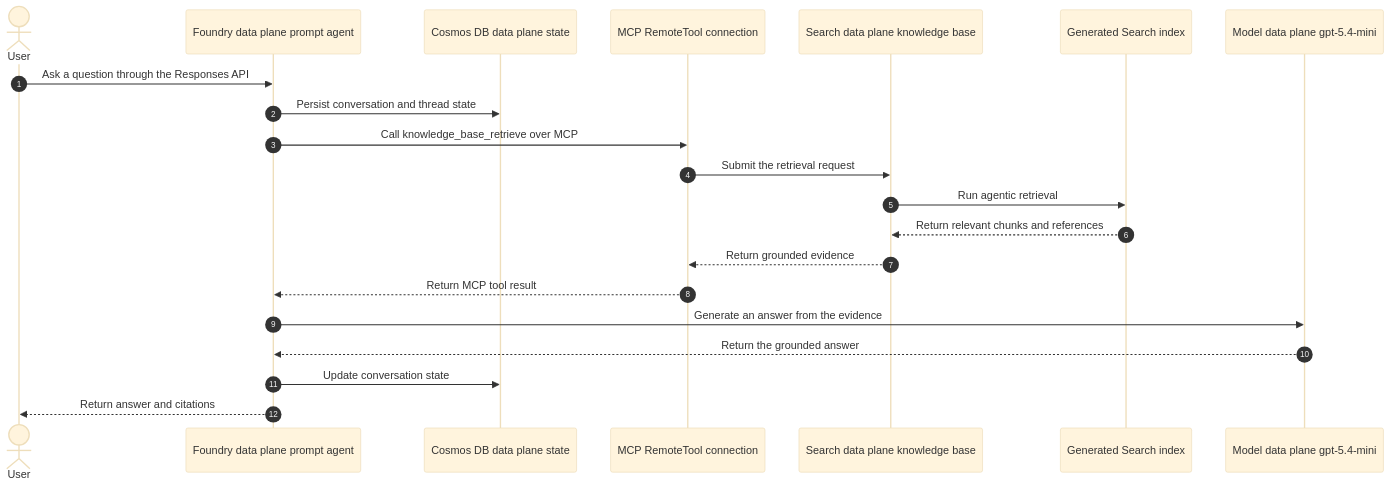
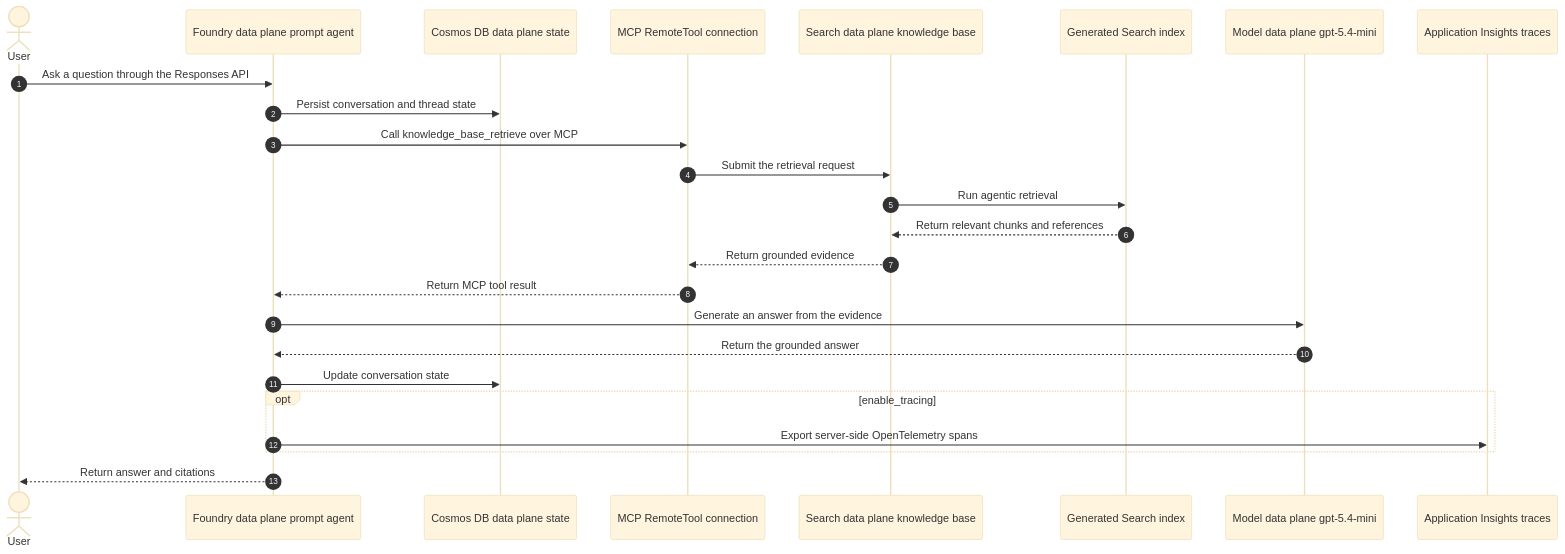
One commit to ks6088ts/template-terraform changed the seventh of 7 diagrams in infra/scenarios/azure_microsoft_foundry/README.md. Above: the diagram before and after it, drawn with Mermaid (base theme). The commit also changed other lines of this file and 10 other files, not shown here.

First line of the commit message:
feat: add server-side tracing for Foundry agent with Application Insights

````diff
--- a/infra/scenarios/azure_microsoft_foundry/README.md
+++ b/infra/scenarios/azure_microsoft_foundry/README.md
@@ -336,24 +370,28 @@
 ```mermaid
 sequenceDiagram
     autonumber
     actor User
     participant Agent as Foundry data plane prompt agent
     participant Cosmos as Cosmos DB data plane state
     participant Tool as MCP RemoteTool connection
     participant KB as Search data plane knowledge base
     participant Index as Generated Search index
     participant Model as Model data plane gpt-5.4-mini
+    participant Monitor as Application Insights traces
 
     User->>Agent: Ask a question through the Responses API
     Agent->>Cosmos: Persist conversation and thread state
     Agent->>Tool: Call knowledge_base_retrieve over MCP
     Tool->>KB: Submit the retrieval request
     KB->>Index: Run agentic retrieval
     Index-->>KB: Return relevant chunks and references
     KB-->>Tool: Return grounded evidence
     Tool-->>Agent: Return MCP tool result
     Agent->>Model: Generate an answer from the evidence
     Model-->>Agent: Return the grounded answer
     Agent->>Cosmos: Update conversation state
+    opt enable_tracing
+        Agent->>Monitor: Export server-side OpenTelemetry spans
+    end
     Agent-->>User: Return answer and citations
 ```
````
